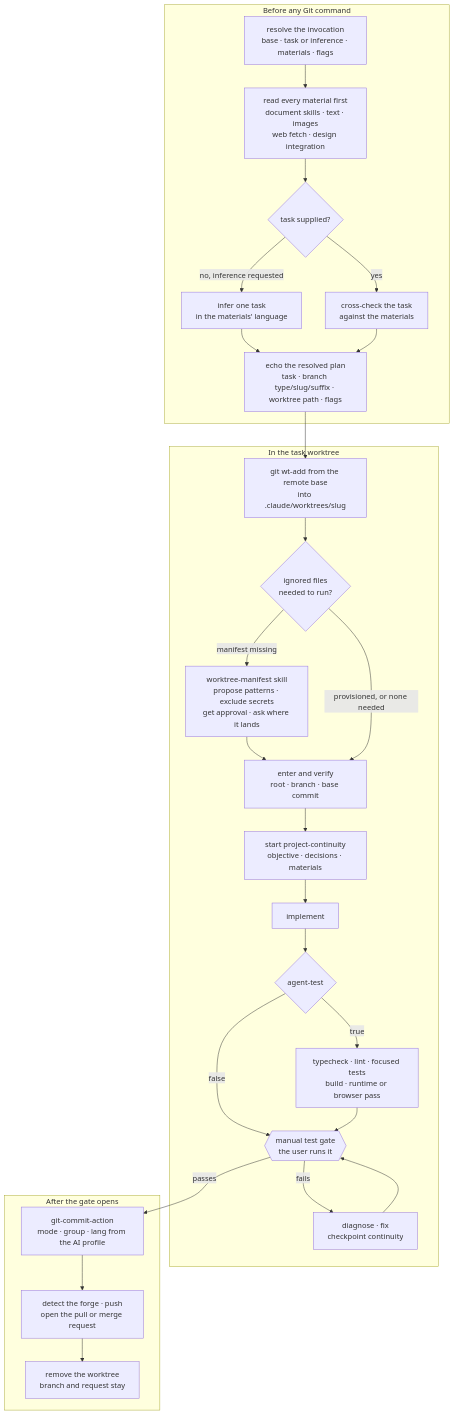
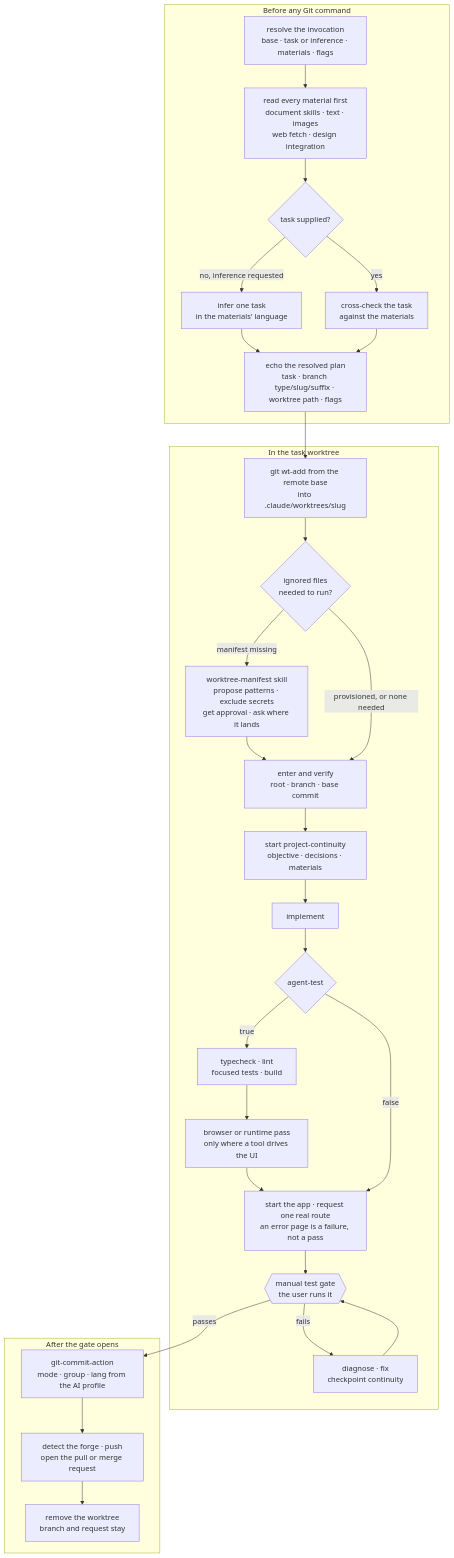
One commit to sherrilla71940/dotfiles changed the second of 3 diagrams in README.md. Above: the diagram before and after it, drawn with Mermaid. The commit also changed other lines of this file and 1 other file, not shown here.

First line of the commit message:
docs(readme): surface runtime verification and cross-client worktrees

````diff
--- a/README.md
+++ b/README.md
@@ -261,49 +261,52 @@
 ```mermaid
 flowchart TD
     subgraph resolve["Before any Git command"]
         A["resolve the invocation<br/>base · task or inference · materials · flags"]
         B["read every material first<br/>document skills · text · images<br/>web fetch · design integration"]
         C{"task supplied?"}
         D["infer one task<br/>in the materials' language"]
         E["cross-check the task<br/>against the materials"]
         F["echo the resolved plan<br/>task · branch type/slug/suffix · worktree path · flags"]
         A --> B --> C
         C -->|"no, inference requested"| D
         C -->|"yes"| E
         D --> F
         E --> F
     end
 
     subgraph isolate["In the task worktree"]
         G["git wt-add from the remote base<br/>into .claude/worktrees/slug"]
         H{"ignored files<br/>needed to run?"}
         I["worktree-manifest skill<br/>propose patterns · exclude secrets<br/>get approval · ask where it lands"]
         J["enter and verify<br/>root · branch · base commit"]
         K["start project-continuity<br/>objective · decisions · materials"]
         L["implement"]
         M{"agent-test"}
-        N["typecheck · lint · focused tests<br/>build · runtime or browser pass"]
+        N["typecheck · lint<br/>focused tests · build"]
+        N2["browser or runtime pass<br/>only where a tool drives the UI"]
+        N3["start the app · request one real route<br/>an error page is a failure, not a pass"]
         O{{"manual test gate<br/>the user runs it"}}
         P["diagnose · fix<br/>checkpoint continuity"]
         G --> H
         H -->|"manifest missing"| I
         I --> J
         H -->|"provisioned, or none needed"| J
         J --> K --> L --> M
         M -->|"true"| N
-        M -->|"false"| O
-        N --> O
+        N --> N2 --> N3
+        M -->|"false"| N3
+        N3 --> O
         O -->|"fails"| P
         P --> O
     end
 
     subgraph publish["After the gate opens"]
         Q["git-commit-action<br/>mode · group · lang from the AI profile"]
         R["detect the forge · push<br/>open the pull or merge request"]
         S["remove the worktree<br/>branch and request stay"]
         Q --> R --> S
     end
 
     F --> G
     O -->|"passes"| Q
 ```
````
